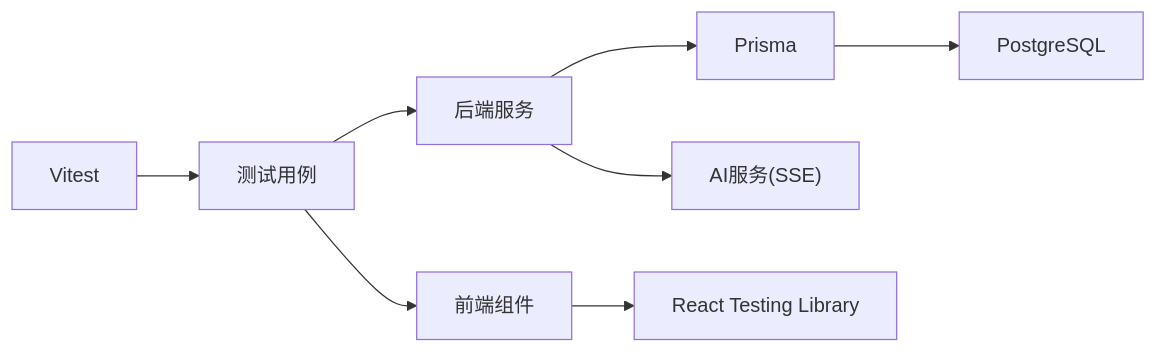
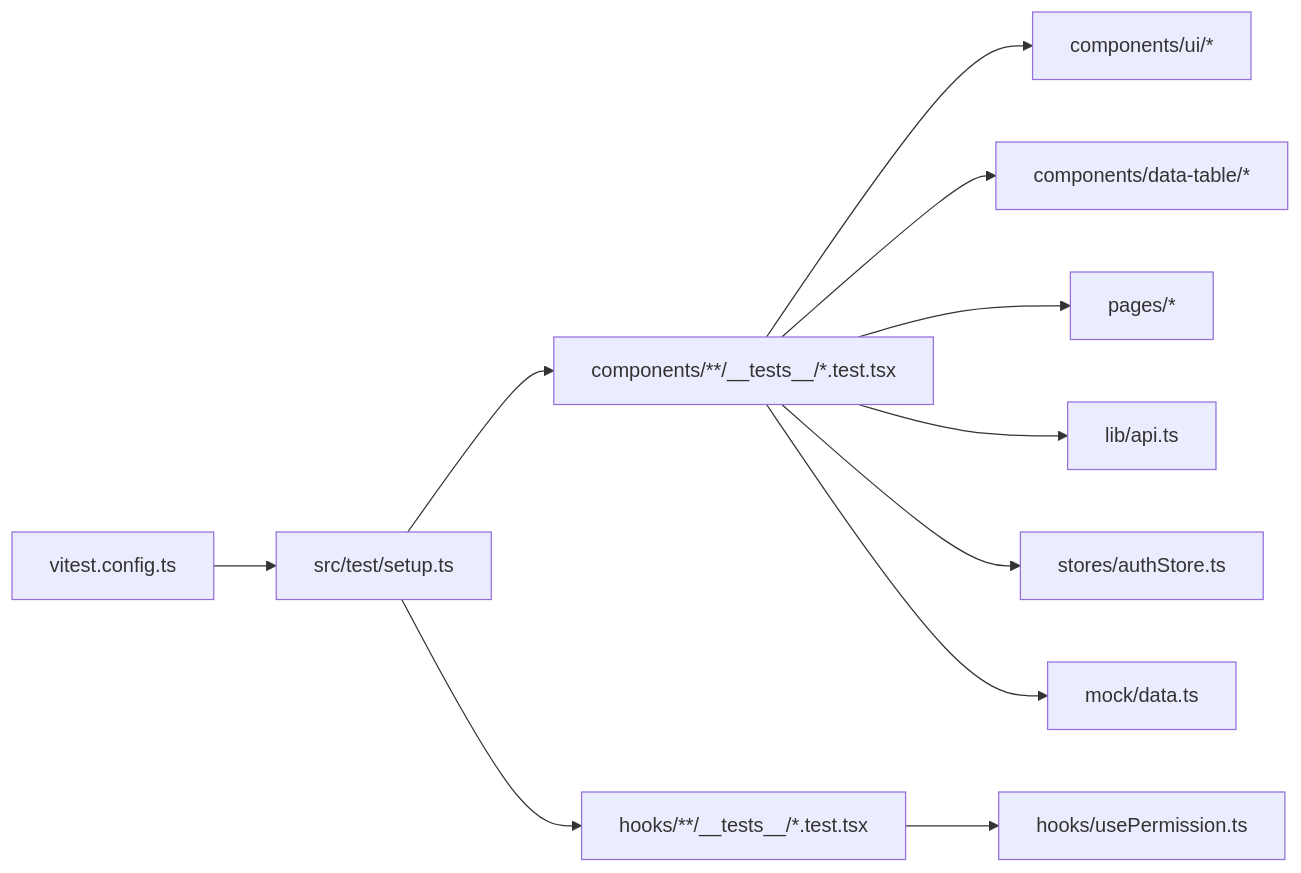
Before and after one commit to Damao997/newproject: the third of 3 diagrams in .qoder/repowiki/zh/content/测试策略/测试策略.md, drawn with Mermaid. The commit also changed other lines of this file and 391 other files, not shown here.

````diff
--- a/.qoder/repowiki/zh/content/测试策略/测试策略.md
+++ b/.qoder/repowiki/zh/content/测试策略/测试策略.md
@@ -320,10 +215,13 @@
 ```mermaid
 graph LR
-V["Vitest"] --> ST["测试用例"]
-ST --> BE["后端服务"]
-ST --> FE["前端组件"]
-BE --> PR["Prisma"]
-PR --> PG["PostgreSQL"]
-BE --> AI["AI服务(SSE)"]
-FE --> RL["React Testing Library"]
+V["vitest.config.ts"] --> S["src/test/setup.ts"]
+S --> CT["components/**/__tests__/*.test.tsx"]
+S --> HT["hooks/**/__tests__/*.test.tsx"]
+CT --> UI["components/ui/*"]
+CT --> DT["components/data-table/*"]
+CT --> LP["pages/*"]
+HT --> HP["hooks/usePermission.ts"]
+CT --> API["lib/api.ts"]
+CT --> MS["stores/authStore.ts"]
+CT --> MK["mock/data.ts"]
 ```
````
